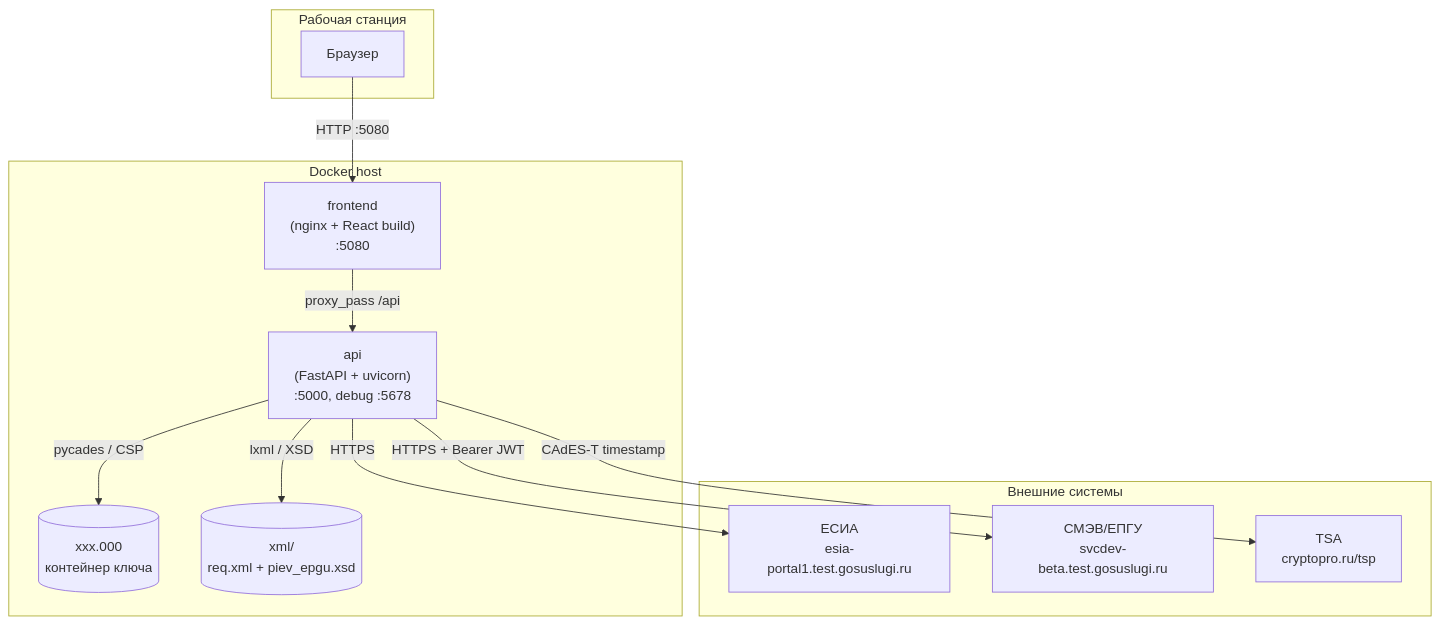
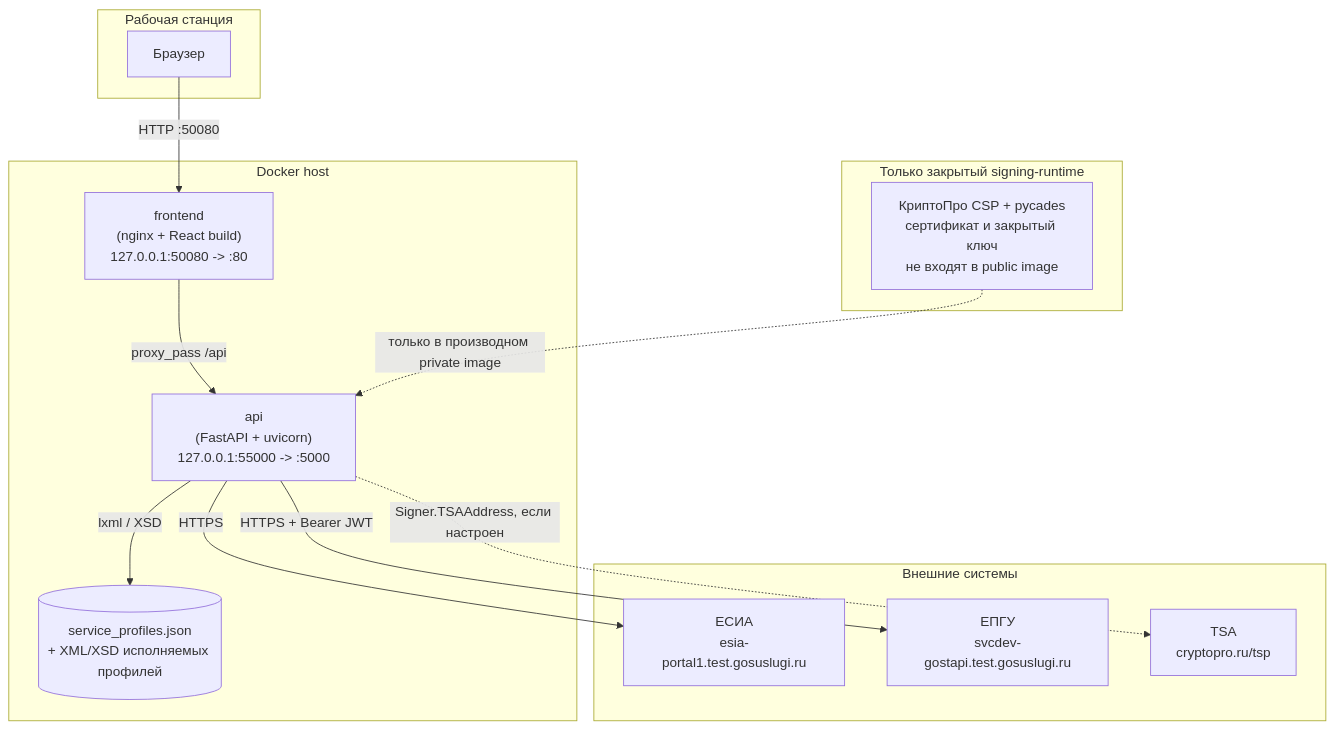
The first of 3 diagrams in docs/architecture.md (yellow444/epgu), drawn with Mermaid before and after one commit. The commit also changed other lines of this file and 128 other files, not shown here.

````diff
--- a/docs/architecture.md
+++ b/docs/architecture.md
@@ -11,36 +11,40 @@
 ```mermaid
 flowchart TB
     subgraph Client["Рабочая станция"]
         BROW[Браузер]
     end
 
     subgraph Host["Docker host"]
         FE["frontend
 (nginx + React build)
-:5080"]
+127.0.0.1:50080 -> :80"]
         BE["api
 (FastAPI + uvicorn)
-:5000, debug :5678"]
-        VOL1[(xxx.000
-контейнер ключа)]
-        VOL2[(xml/
-req.xml + piev_epgu.xsd)]
+127.0.0.1:55000 -> :5000"]
+        VOL2[(service_profiles.json
++ XML/XSD исполняемых профилей)]
+    end
+
+    subgraph Licensed["Только закрытый signing-runtime"]
+        CRYPTO["КриптоПро CSP + pycades
+сертификат и закрытый ключ
+не входят в public image"]
     end
 
     subgraph External["Внешние системы"]
         ESIA["ЕСИА
 esia-portal1.test.gosuslugi.ru"]
-        EPGU["СМЭВ/ЕПГУ
-svcdev-beta.test.gosuslugi.ru"]
+        EPGU["ЕПГУ
+svcdev-gostapi.test.gosuslugi.ru"]
         TSA["TSA
 cryptopro.ru/tsp"]
     end
 
-    BROW -->|HTTP :5080| FE
+    BROW -->|HTTP :50080| FE
     FE -->|proxy_pass /api| BE
-    BE -->|pycades / CSP| VOL1
+    CRYPTO -.->|только в производном private image| BE
     BE -->|lxml / XSD| VOL2
     BE -->|HTTPS| ESIA
     BE -->|HTTPS + Bearer JWT| EPGU
-    BE -->|CAdES-T timestamp| TSA
+    BE -.->|Signer.TSAAddress, если настроен| TSA
 ```
````
